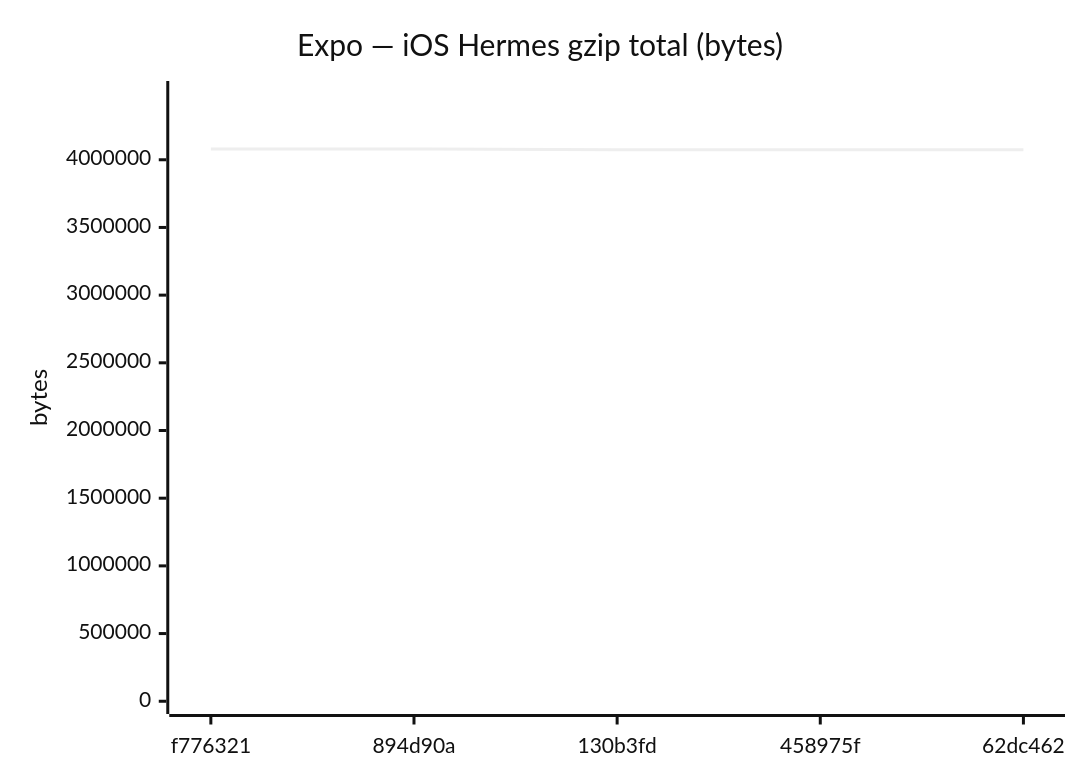
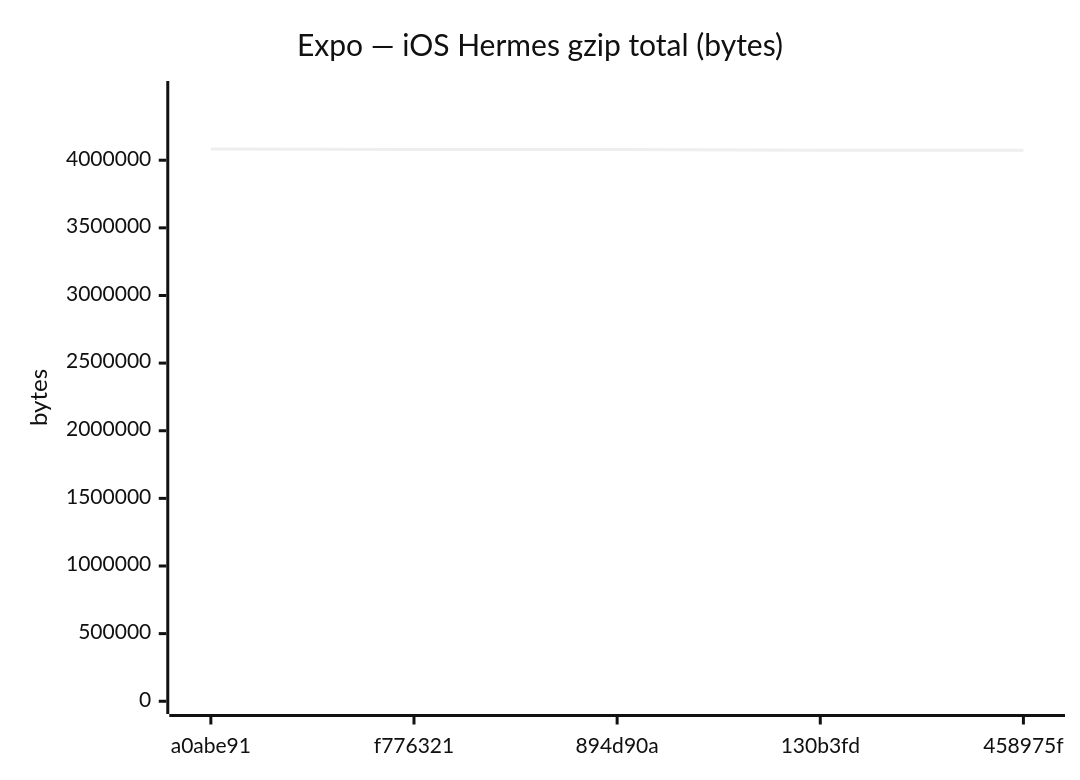
One commit to Metaheurist/Rianell changed diagram 12 of 18 in benchmarks/compare.md. Above: the diagram before and after it, drawn with Mermaid (neutral theme). The commit also changed other lines of this file and 11 other files, not shown here.

````diff
--- a/benchmarks/compare.md
+++ b/benchmarks/compare.md
@@ -179,7 +179,7 @@
 ```mermaid
 xychart-beta
     title "Expo — iOS Hermes gzip total (bytes)"
-    x-axis ["f776321", "894d90a", "130b3fd", "458975f", "62dc462"]
-    y-axis "bytes" 0 --> 4487643
-    line [4079675, 4079243, 4074172, 4073443, 4073443]
+    x-axis ["a0abe91", "f776321", "894d90a", "130b3fd", "458975f"]
+    y-axis "bytes" 0 --> 4491418
+    line [4083107, 4079675, 4079243, 4074172, 4073443]
 ```
````
